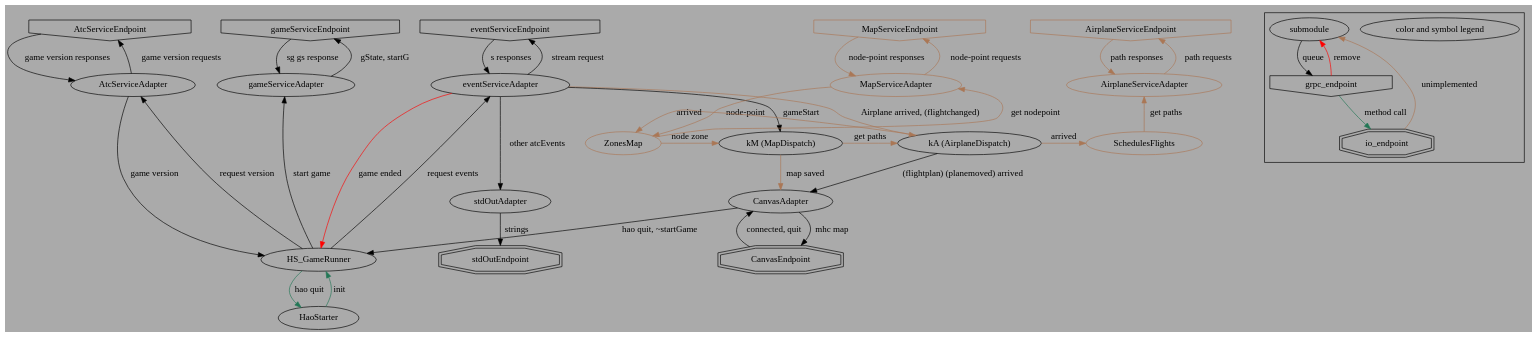
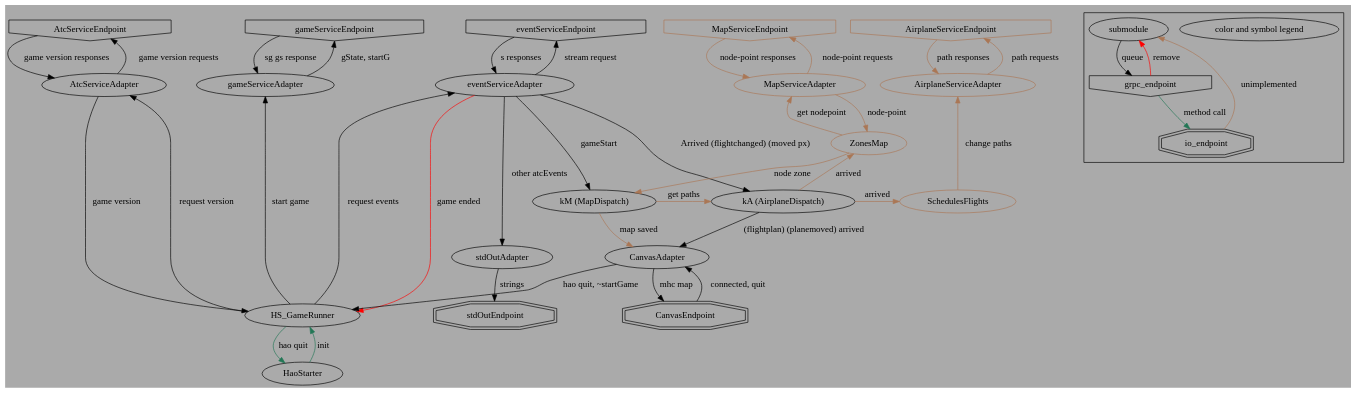
The diagram in docs/modules/queues.dot (Nzen/hircine-anise-okkoz), drawn with Graphviz before and after one commit.

Commit message:
doc i20220918 better layout, labels
Allowing Zones map to drift below the other services results
in fewer crossed edges.

```diff
--- a/docs/modules/queues.dot
+++ b/docs/modules/queues.dot
@@ -1,119 +1,119 @@
 
 digraph haokkoz_data_flow
 {
 
 /*
 */
 	bgcolor = "#AAAAAA"
 
 	{
 		rank = same;
 		AtcServiceEndpoint [ shape = invhouse ]; # for game version
 		AirplaneServiceEndpoint [ shape = invhouse color = "#AA7755" ]; # for updating flight plans
 		MapServiceEndpoint [ shape = invhouse color = "#AA7755" ]; # for node to point conversion
 		eventServiceEndpoint [ shape = invhouse ]; # for events
 		gameServiceEndpoint [ shape = invhouse ]; # to start games
 	}
 
 	{
 		rank = same;
 		stdOutEndpoint [ shape = doubleoctagon ];
 		CanvasEndpoint [ shape = doubleoctagon ];
 	}
 
 	{
 		rank = same;
 		AirplaneServiceAdapter [ color = "#AA7755" ];
 		AtcServiceAdapter;
 		eventServiceAdapter;
 		gameServiceAdapter;
 		MapServiceAdapter [ color = "#AA7755" ];
 	}
 
 	{
 		rank = same;
 		CanvasAdapter;
 		stdOutAdapter;
 	}
 
 	{
 		rank = same;
 		knowsAirplanes [ label = "kA (AirplaneDispatch)" ];
 		knowsMap [ label = "kM (MapDispatch)" ];
 		SchedulesFlights [ color = "#AA7755" ];
-		ZonesMap [ color = "#AA7755" ];
 	}
 
 	HaoStarter;
 	HS_GameRunner;
+	ZonesMap [ color = "#AA7755" ];
 
 	# [ label = "" ];
 
 	AirplaneServiceAdapter -> AirplaneServiceEndpoint [ label = "path requests" color = "#AA7755" ];
 
 	AirplaneServiceEndpoint -> AirplaneServiceAdapter [ label = "path responses" color = "#AA7755" ];
 
 	AtcServiceAdapter -> AtcServiceEndpoint [ label = "game version requests" ];
 	AtcServiceAdapter -> HS_GameRunner [ label = "game version" ];
 
 	AtcServiceEndpoint -> AtcServiceAdapter [ label = "game version responses" ];
 
 	CanvasEndpoint -> CanvasAdapter [ label = "connected, quit" ];
 
 	CanvasAdapter -> CanvasEndpoint [ label = "mhc map" ];
 	CanvasAdapter -> HS_GameRunner [ label = "hao quit, ~startGame" ];
 
 	eventServiceAdapter -> eventServiceEndpoint [ label = "stream request" ];
 	eventServiceAdapter -> knowsMap [ label = "gameStart" ];
 	eventServiceAdapter -> stdOutAdapter [ label = "other atcEvents" ];
-	eventServiceAdapter -> knowsAirplanes [ label = "Airplane arrived, (flightchanged)" color = "#AA7755" ];
+	eventServiceAdapter -> knowsAirplanes [ label = "Arrived (flightchanged) (moved px)" ];
 	eventServiceAdapter -> HS_GameRunner [ label = "game ended" color = "red" ];
 
 	eventServiceEndpoint -> eventServiceAdapter [ label = "s responses" ];
 
 	HaoStarter -> HS_GameRunner [ label = "init" color = "#227755" ];
 
 	HS_GameRunner -> AtcServiceAdapter [ label = "request version" ];
 	HS_GameRunner -> gameServiceAdapter [ label = "start game" ];
 	HS_GameRunner -> HaoStarter [ label = "hao quit" color = "#227755" ];
 	HS_GameRunner -> eventServiceAdapter [ label = "request events" ];
 
 	gameServiceAdapter -> gameServiceEndpoint [ label = "gState, startG" ];
 
 	gameServiceEndpoint -> gameServiceAdapter [ label = "sg gs response" ];
 
 	knowsAirplanes -> CanvasAdapter [ label = "(flightplan) (planemoved) arrived" ];
 	knowsAirplanes -> SchedulesFlights [ label = "arrived" color = "#AA7755" ];
 	knowsAirplanes -> ZonesMap [ label = "arrived" color = "#AA7755" ];
 
 	knowsMap -> CanvasAdapter [ label = "map saved" color = "#AA7755" ];
 	knowsMap -> knowsAirplanes [ label = "get paths" color = "#AA7755" ];
 
 	MapServiceAdapter -> MapServiceEndpoint [ label = "node-point requests" color = "#AA7755" ];
 	MapServiceAdapter -> ZonesMap [ label = "node-point" color = "#AA7755" ];
 
 	MapServiceEndpoint -> MapServiceAdapter [ label = "node-point responses" color = "#AA7755" ];
 
-	SchedulesFlights -> AirplaneServiceAdapter [ label = "get paths" color = "#AA7755" ];
+	SchedulesFlights -> AirplaneServiceAdapter [ label = "change paths" color = "#AA7755" ];
 
 	stdOutAdapter -> stdOutEndpoint [ label = "strings" ];
 
 	ZonesMap -> MapServiceAdapter [ label = "get nodepoint" color = "#AA7755" ];
 	ZonesMap -> knowsMap [ label = "node zone" color = "#AA7755" ];
 
 	# ->  [ label = "" ];
 
 	subgraph cluster0 {
 		color_legend [ label = "color and symbol legend" ];
 		submodule;
 		grpc_endpoint [ shape = invhouse ];
 		io_endpoint [ shape = doubleoctagon ];
 
 		submodule -> grpc_endpoint [ label = "queue" ];
 
 		grpc_endpoint -> io_endpoint [ label = "method call" color = "#227755" ];
 		grpc_endpoint -> submodule [ label = "remove" color = "red" ];
 
 		io_endpoint -> submodule [ label = "unimplemented" color = "#AA7755" ];
 	}
 }
```
